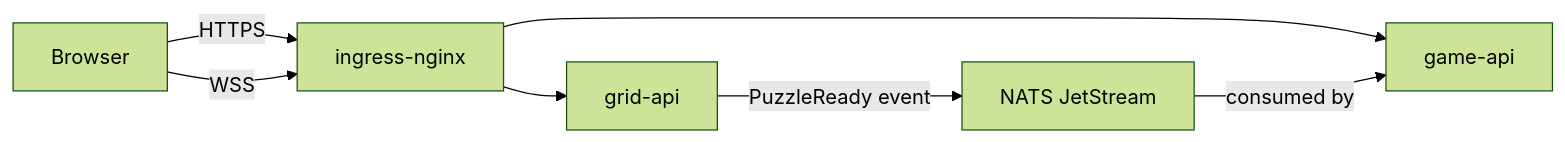
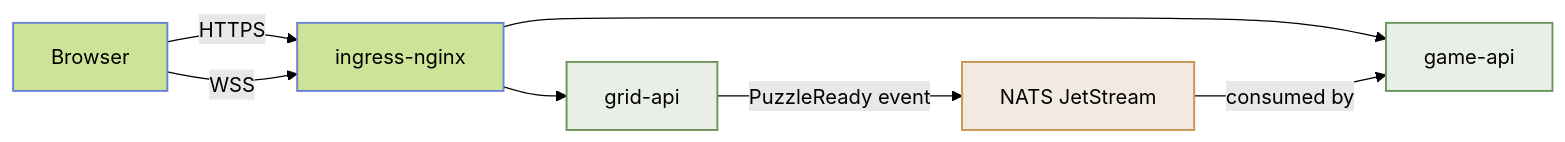
One commit to Ishou/wordsparrow changed the third of 5 diagrams in README.md. Above: the diagram before and after it, drawn with Mermaid (forest theme). The commit also changed other lines of this file and 5 other files, not shown here.

First line of the commit message:
feat(infra-diagrams): brand-palette styling for README diagrams (#815)

````diff
--- a/README.md
+++ b/README.md
@@ -125,14 +139,19 @@
 ```mermaid
 flowchart LR
   browser["Browser"]
   ingress["ingress-nginx"]
   grid["grid-api"]
   game["game-api"]
   nats["NATS JetStream"]
   browser -->|HTTPS| ingress
   browser -->|WSS| ingress
   ingress --> grid
   ingress --> game
   grid -->|PuzzleReady event| nats
   nats -->|consumed by| game
+  classDef context fill:#6a935826,stroke:#6a9358;
+  classDef messaging fill:#a8753826,stroke:#c89456;
+  class grid,game context;
+  class nats messaging;
+  classDef default stroke:#6b7fd7,stroke-width:1.5px;
 ```
````
